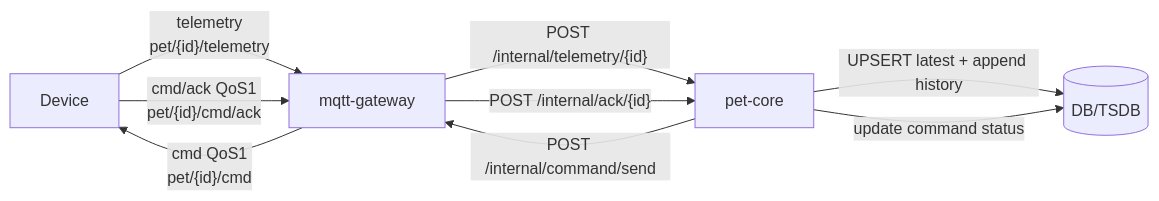
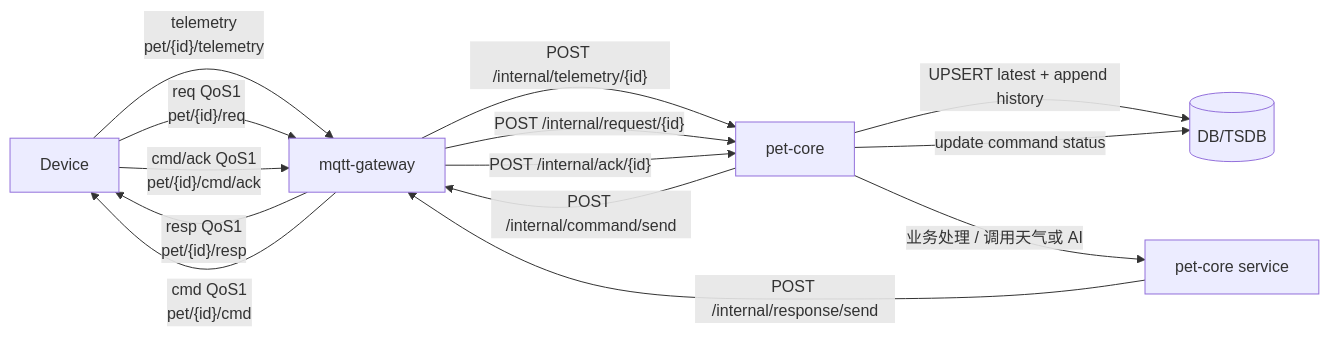
The third of 8 diagrams in doc/架构图.md (licn9901-arch/AiBot), drawn with Mermaid before and after one commit. The commit also changed other lines of this file and 88 other files, not shown here.

````diff
--- a/doc/架构图.md
+++ b/doc/架构图.md
@@ -98,12 +100,18 @@
 ```mermaid
 flowchart LR
     D[Device] -->|"telemetry<br/>pet/{id}/telemetry"| G[mqtt-gateway]
     G -->|"POST /internal/telemetry/{id}"| C[pet-core]
     C -->|"UPSERT latest + append history"| DB[(DB/TSDB)]
+
+    D -->|"req QoS1<br/>pet/{id}/req"| G
+    G -->|"POST /internal/request/{id}"| C
+    C -->|"业务处理 / 调用天气或 AI"| S[pet-core service]
+    S -->|"POST /internal/response/send"| G
+    G -->|"resp QoS1<br/>pet/{id}/resp"| D
 
     C -->|"POST /internal/command/send"| G
     G -->|"cmd QoS1<br/>pet/{id}/cmd"| D
     D -->|"cmd/ack QoS1<br/>pet/{id}/cmd/ack"| G
     G -->|"POST /internal/ack/{id}"| C
     C -->|"update command status"| DB
 ```
````
